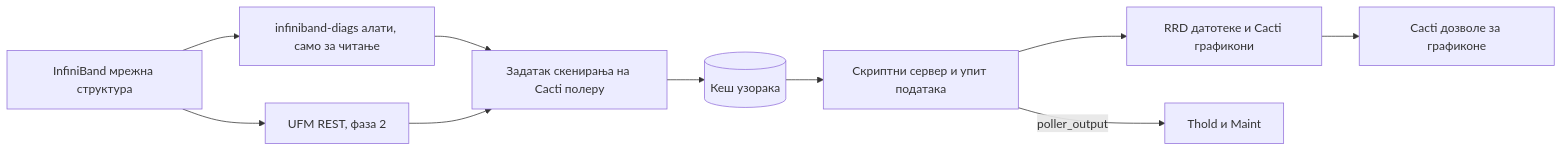
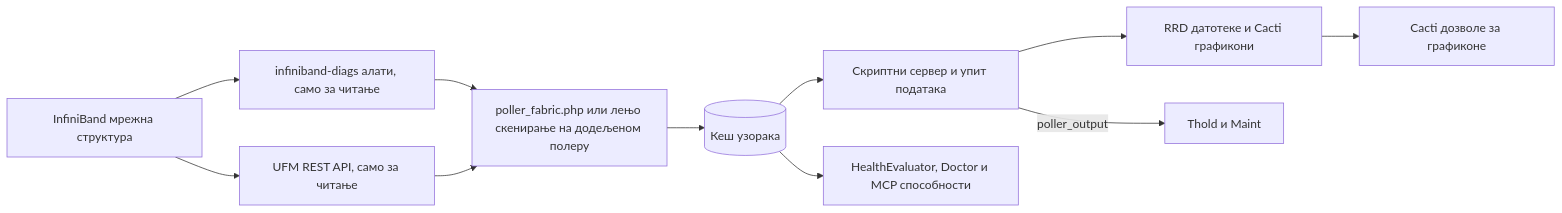
The diagram in docs/i18n/sr-RS/README.md (somethingwithproof/plugin_fabric), drawn with Mermaid before and after one commit. The commit also changed other lines of this file and 48 other files, not shown here.

````diff
--- a/docs/i18n/sr-RS/README.md
+++ b/docs/i18n/sr-RS/README.md
@@ -92,12 +132,13 @@
 ```mermaid
 flowchart LR
     F[InfiniBand мрежна структура] --> T[infiniband-diags алати, само за читање]
-    F --> U[UFM REST, фаза 2]
-    T --> S[Задатак скенирања на Cacti полеру]
+    F --> U[UFM REST API, само за читање]
+    T --> S[poller_fabric.php или лењо скенирање на додељеном полеру]
     U --> S
     S --> C[(Кеш узорака)]
     C --> SS[Скриптни сервер и упит података]
     SS --> R[RRD датотеке и Cacti графикони]
     SS -->|poller_output| TH[Thold и Maint]
+    C --> H[HealthEvaluator, Doctor и MCP способности]
     R --> P[Cacti дозволе за графиконе]
 ```
````
